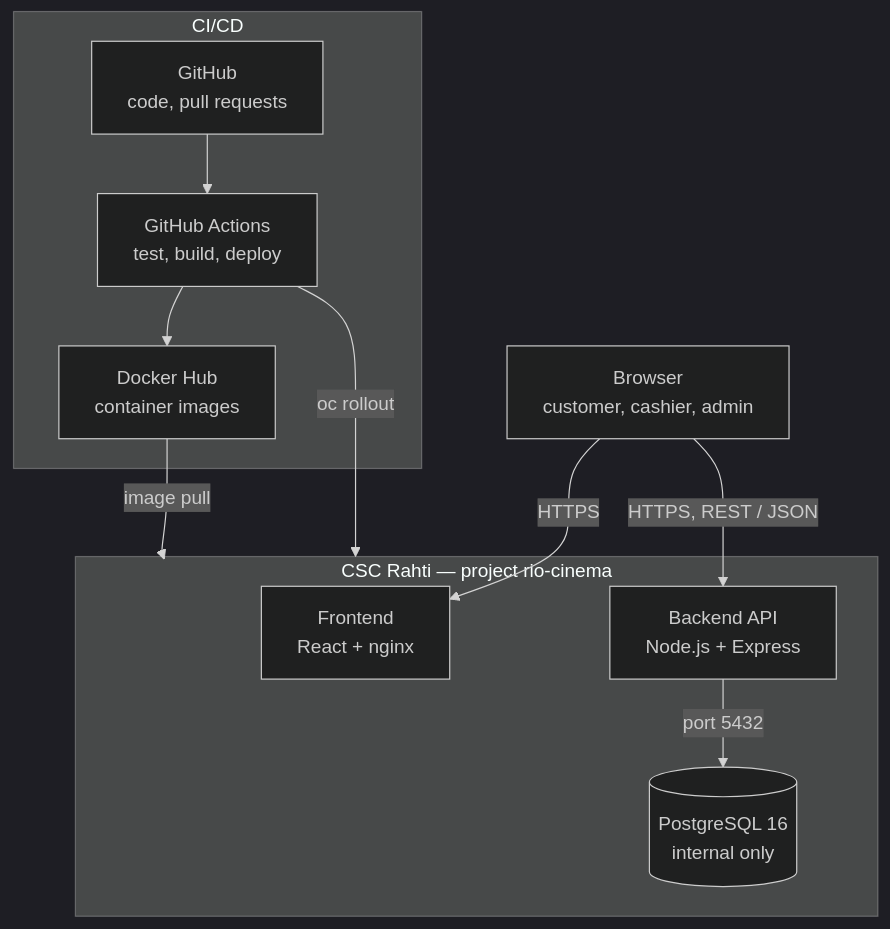
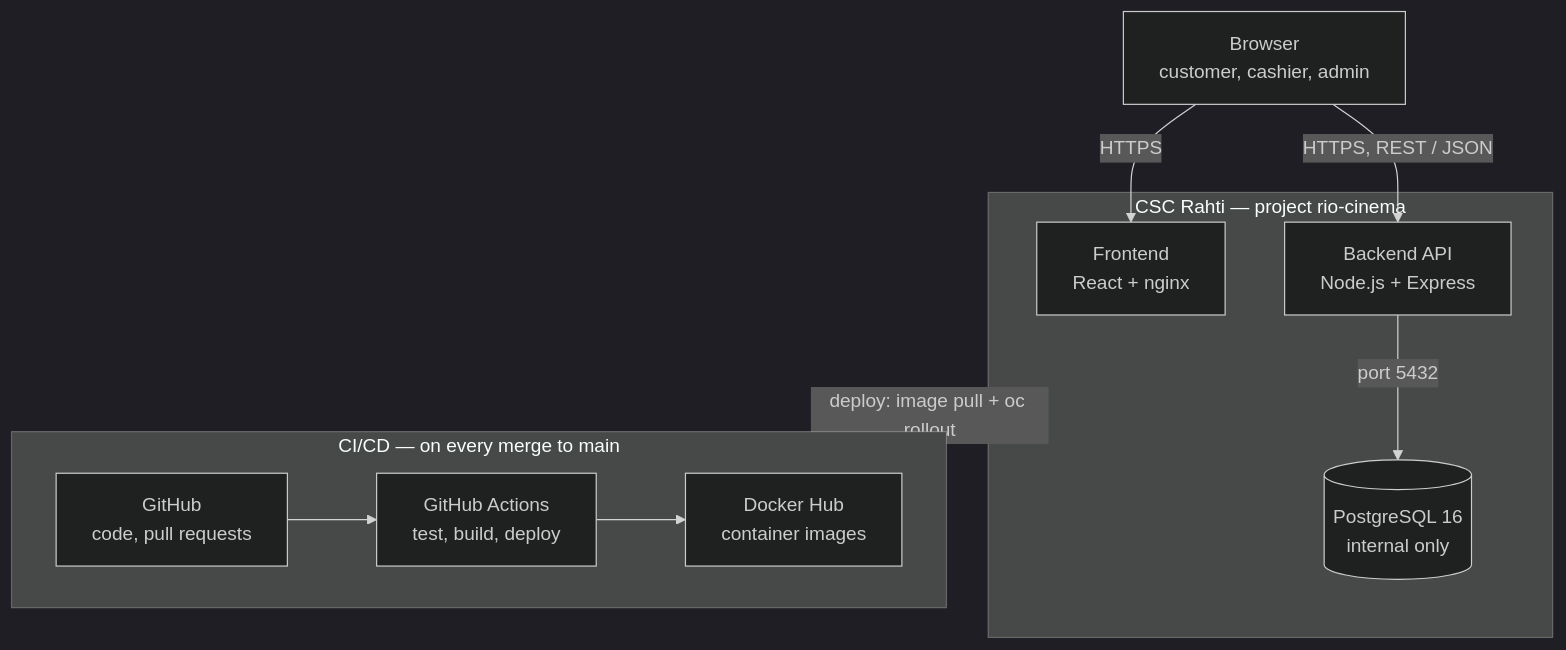
The first of 2 diagrams in docs/architecture.md (sisa-rite/cinema-app), drawn with Mermaid (dark theme) before and after one commit.

Commit message:
docs: improve deployment diagram layout

````diff
--- a/docs/architecture.md
+++ b/docs/architecture.md
@@ -7,20 +7,17 @@
 ```mermaid
 flowchart TB
   U[Browser<br/>customer, cashier, admin]
   subgraph R[CSC Rahti — project rio-cinema]
     FE[Frontend<br/>React + nginx]
     BE[Backend API<br/>Node.js + Express]
     DB[(PostgreSQL 16<br/>internal only)]
+    BE -- "port 5432" --> DB
   end
-  subgraph C[CI/CD]
-    GH[GitHub<br/>code, pull requests]
-    GA[GitHub Actions<br/>test, build, deploy]
-    DH[Docker Hub<br/>container images]
+  subgraph C[CI/CD — on every merge to main]
+    direction LR
+    GH[GitHub<br/>code, pull requests] --> GA[GitHub Actions<br/>test, build, deploy] --> DH[Docker Hub<br/>container images]
   end
   U -- HTTPS --> FE
   U -- "HTTPS, REST / JSON" --> BE
-  BE -- "port 5432" --> DB
-  GH --> GA --> DH
-  GA -- "oc rollout" --> R
-  DH -- "image pull" --> R
+  R --- |"deploy: image pull + oc rollout"| C
 ```
````
